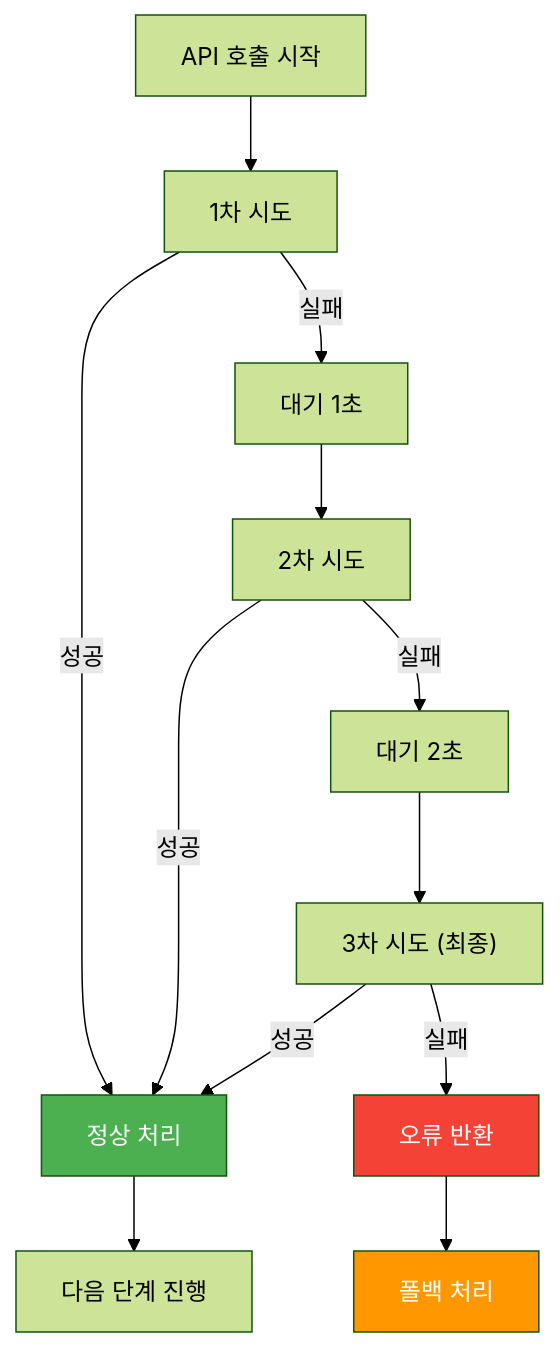
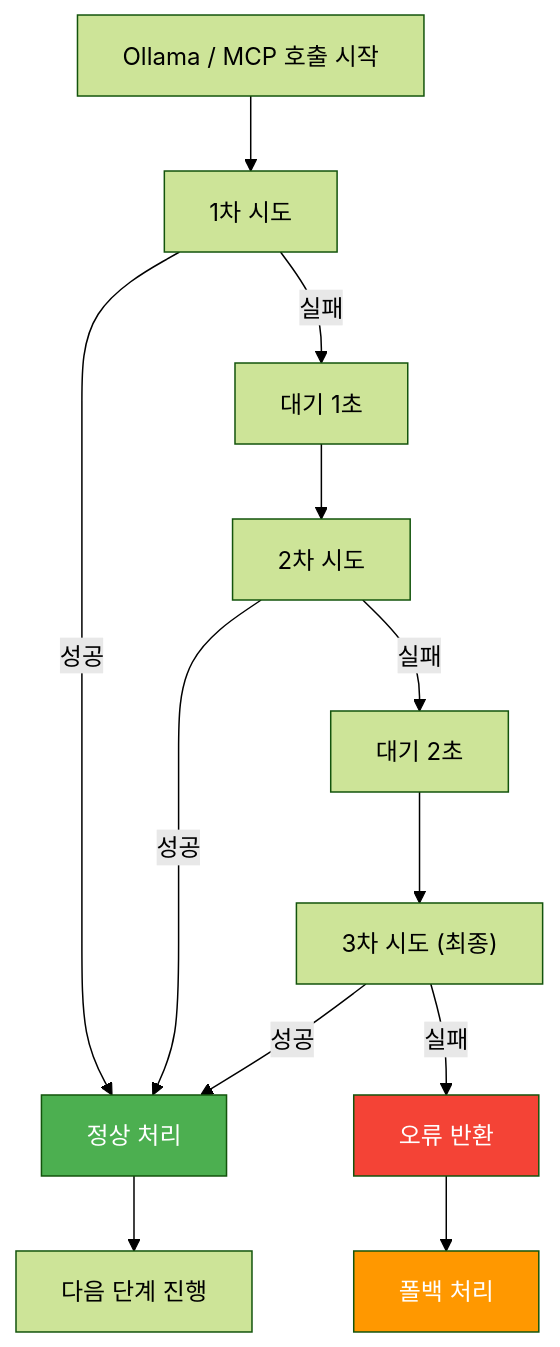
Before and after one commit to laurus-kpa007/agentic-rag-bot: diagram 12 of 13 in docs/api-and-data-flow.md, drawn with Mermaid (forest theme). The commit also changed other lines of this file and 4 other files, not shown here.

First line of the commit message:
docs: Ollama + MCP 통합 설계 반영 및 전체 문서 업데이트

````diff
--- a/docs/api-and-data-flow.md
+++ b/docs/api-and-data-flow.md
@@ -438,26 +453,26 @@
 ```mermaid
 flowchart TD
-    Start["API 호출 시작"]
+    Start["Ollama / MCP 호출 시작"]
 
     Start --> Try1["1차 시도"]
 
     Try1 -->|"성공"| Success["정상 처리"]
     Try1 -->|"실패"| Wait1["대기 1초"]
 
     Wait1 --> Try2["2차 시도"]
 
     Try2 -->|"성공"| Success
     Try2 -->|"실패"| Wait2["대기 2초"]
 
     Wait2 --> Try3["3차 시도 (최종)"]
 
     Try3 -->|"성공"| Success
     Try3 -->|"실패"| Fail["오류 반환"]
 
     Success --> Continue["다음 단계 진행"]
     Fail --> Fallback["폴백 처리"]
 
     style Success fill:#4CAF50,color:#fff
     style Fail fill:#F44336,color:#fff
     style Fallback fill:#FF9800,color:#fff
 ```
````
